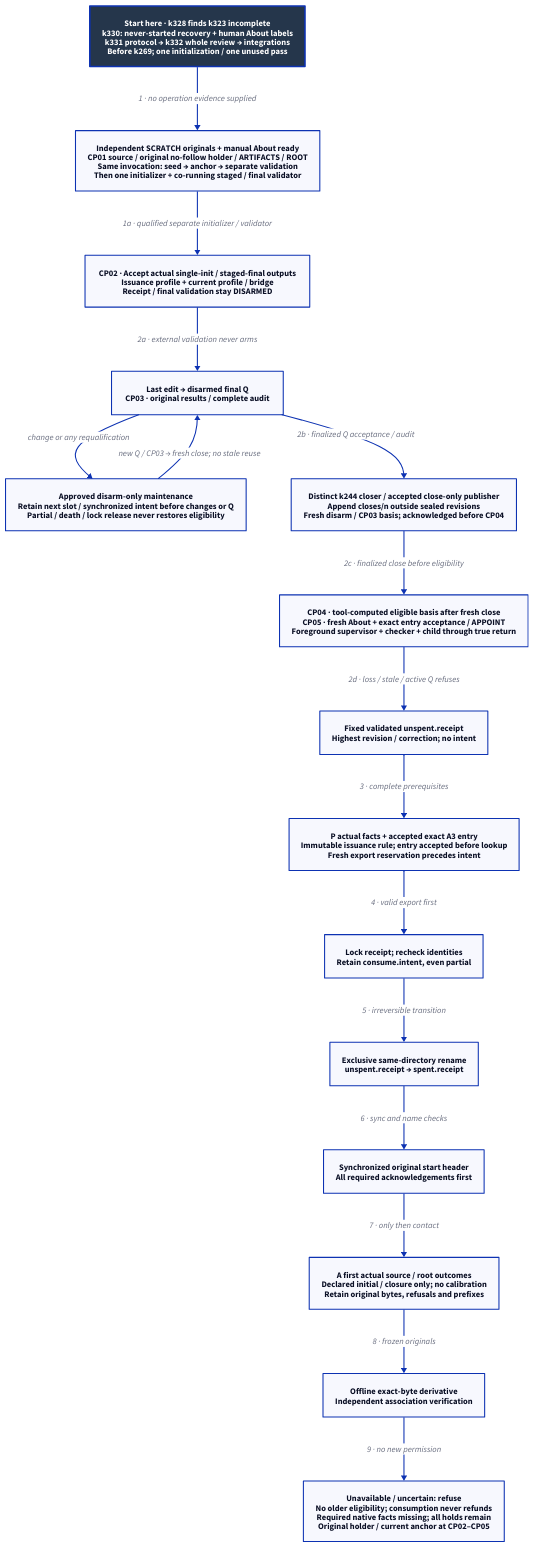
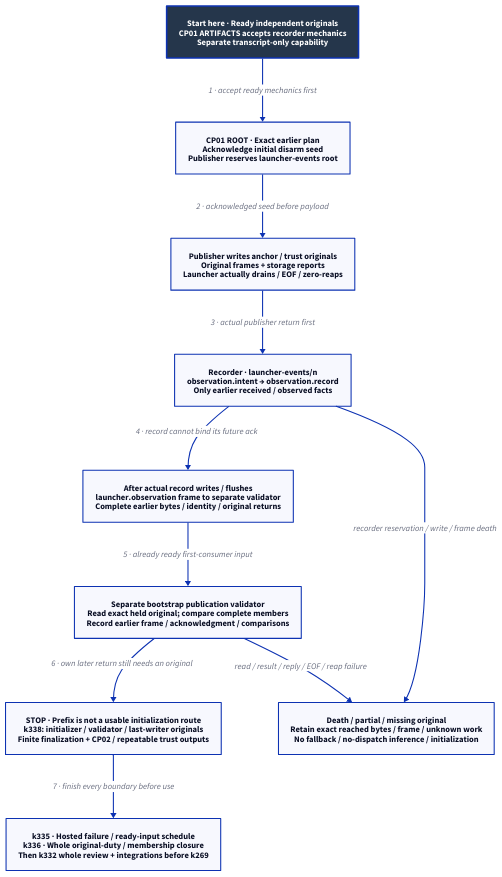
The diagram in docs/design/architecture/native-reference-admission.d2 (Linkuistics/Koine), drawn with D2 before and after one commit. The commit also changed 11 other files, not shown here.

Commit message:
Specify publisher-terminal originals (reference-evidence-launcher-originals-k337)

```diff
--- a/docs/design/architecture/native-reference-admission.d2
+++ b/docs/design/architecture/native-reference-admission.d2
@@ -1,35 +1,23 @@
-# Reviewed k323 proposal; k330/k331/k332 replacement and integrations precede k269.
+# k337 publisher-terminal prefix only; k334/k331 remain live before k332/k269.
 direction: down
 classes: {
   start: {style: {fill: "#25364B"; font-color: "#FFFFFF"; bold: true; stroke-width: 3}}
 }
-Start: "Start here · k328 finds k323 incomplete\nk330: never-started recovery + human About labels\nk331 protocol → k332 whole review → integrations\nBefore k269; one initialization / one unused pass" {class: start}
-Qualify: "Independent SCRATCH originals + manual About ready\nCP01 source / original no-follow holder / ARTIFACTS / ROOT\nSame invocation: seed → anchor → separate validation\nThen one initializer + co-running staged / final validator"
-Provision: "CP02 · Accept actual single-init / staged-final outputs\nIssuance profile + current profile / bridge\nReceipt / final validation stay DISARMED"
-Final: "Last edit → disarmed final Q\nCP03 · original results / complete audit"
-Release: "CP04 · tool-computed eligible basis after fresh close\nCP05 · fresh About + exact entry acceptance / APPOINT\nForeground supervisor + checker + child through true return"
-Ready: "Fixed validated unspent.receipt\nHighest revision / correction; no intent"
-Export: "P actual facts + accepted exact A3 entry\nImmutable issuance rule; entry accepted before lookup\nFresh export reservation precedes intent"
-Intent: "Lock receipt; recheck identities\nRetain consume.intent, even partial"
-Spent: "Exclusive same-directory rename\nunspent.receipt → spent.receipt"
-Original: "Synchronized original start header\nAll required acknowledgements first"
-Capture: "A first actual source / root outcomes\nDeclared initial / closure only; no calibration\nRetain original bytes, refusals and prefixes"
-Derivative: "Offline exact-byte derivative\nIndependent association verification"
-Limit: "Unavailable / uncertain: refuse\nNo older eligibility; consumption never refunds\nRequired native facts missing; all holds remain\nOriginal holder / current anchor at CP02–CP05"
-Maintenance: "Approved disarm-only maintenance\nRetain next slot / synchronized intent before changes or Q\nPartial / death / lock release never restores eligibility"
-Start -> Qualify: "1 · no operation evidence supplied"
-Qualify -> Provision: "1a · qualified separate initializer / validator"
-Provision -> Final: "2a · external validation never arms"
-Close: "Distinct k244 closer / accepted close-only publisher\nAppend closes/n outside sealed revisions\nFresh disarm / CP03 basis; acknowledged before CP04"
-Final -> Close: "2b · finalized Q acceptance / audit"
-Close -> Release: "2c · finalized close before eligibility"
-Final -> Maintenance: "change or any requalification"
-Maintenance -> Final: "new Q / CP03 → fresh close; no stale reuse"
-Release -> Ready: "2d · loss / stale / active Q refuses"
-Ready -> Export: "3 · complete prerequisites"
-Export -> Intent: "4 · valid export first"
-Intent -> Spent: "5 · irreversible transition"
-Spent -> Original: "6 · sync and name checks"
-Original -> Capture: "7 · only then contact"
-Capture -> Derivative: "8 · frozen originals"
-Derivative -> Limit: "9 · no new permission"
+Start: "Start here · Ready independent originals\nCP01 ARTIFACTS accepts recorder mechanics\nSeparate transcript-only capability" {class: start}
+Root: "CP01 ROOT · Exact earlier plan\nAcknowledge initial disarm seed\nPublisher reserves launcher-events root"
+Publisher: "Publisher writes anchor / trust originals\nOriginal frames + storage reports\nLauncher actually drains / EOF / zero-reaps"
+Record: "Recorder · launcher-events/n\nobservation.intent → observation.record\nOnly earlier received / observed facts"
+Ack: "After actual record writes / flushes\nlauncher.observation frame to separate validator\nComplete earlier bytes / identity / original returns"
+Validator: "Separate bootstrap publication validator\nRead exact held original; compare complete members\nRecord earlier frame / acknowledgment / comparisons"
+Remainder: "STOP · Prefix is not a usable initialization route\nk338: initializer / validator / last-writer originals\nFinite finalization + CP02 / repeatable trust outputs"
+Review: "k335 · Hosted failure / ready-input schedule\nk336 · Whole original-duty / membership closure\nThen k332 whole review + integrations before k269"
+Failure: "Death / partial / missing original\nRetain exact reached bytes / frame / unknown work\nNo fallback / no-dispatch inference / initialization"
+Start -> Root: "1 · accept ready mechanics first"
+Root -> Publisher: "2 · acknowledged seed before payload"
+Publisher -> Record: "3 · actual publisher return first"
+Record -> Ack: "4 · record cannot bind its future ack"
+Ack -> Validator: "5 · already ready first-consumer input"
+Validator -> Remainder: "6 · own later return still needs an original"
+Remainder -> Review: "7 · finish every boundary before use"
+Record -> Failure: "recorder reservation / write / frame death"
+Validator -> Failure: "read / result / reply / EOF / reap failure"
```
